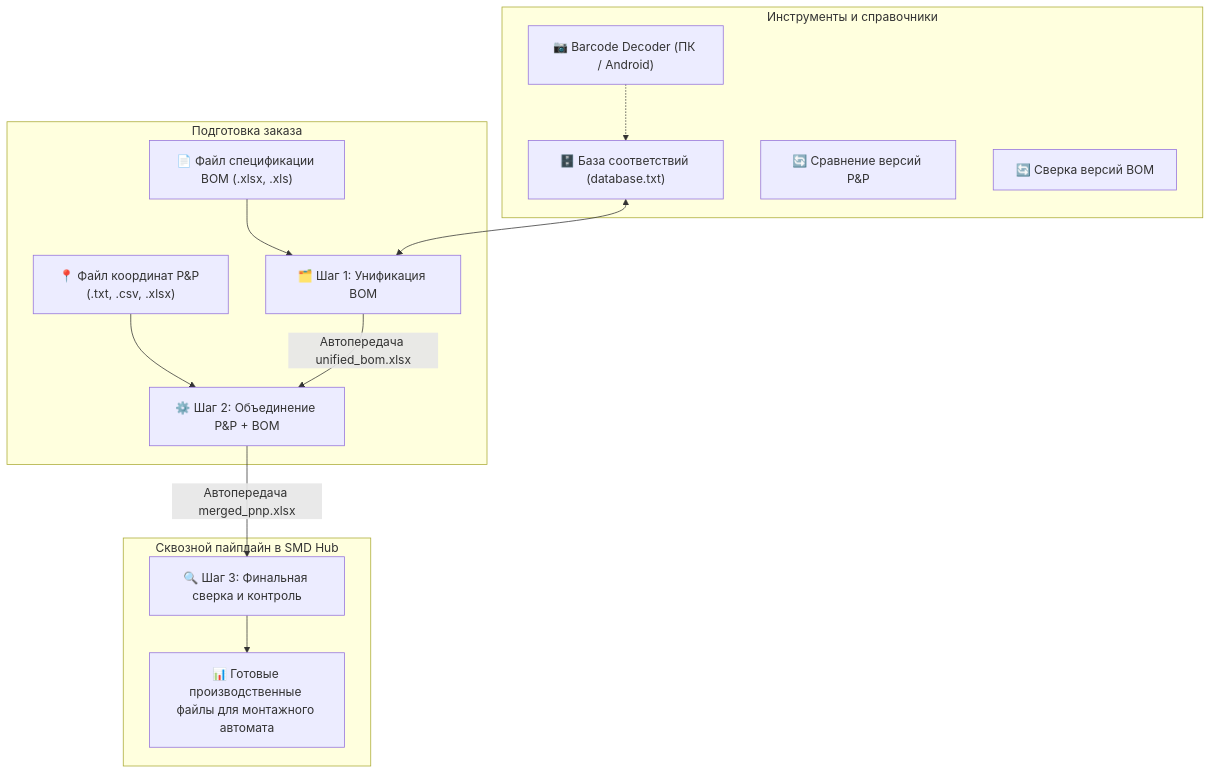
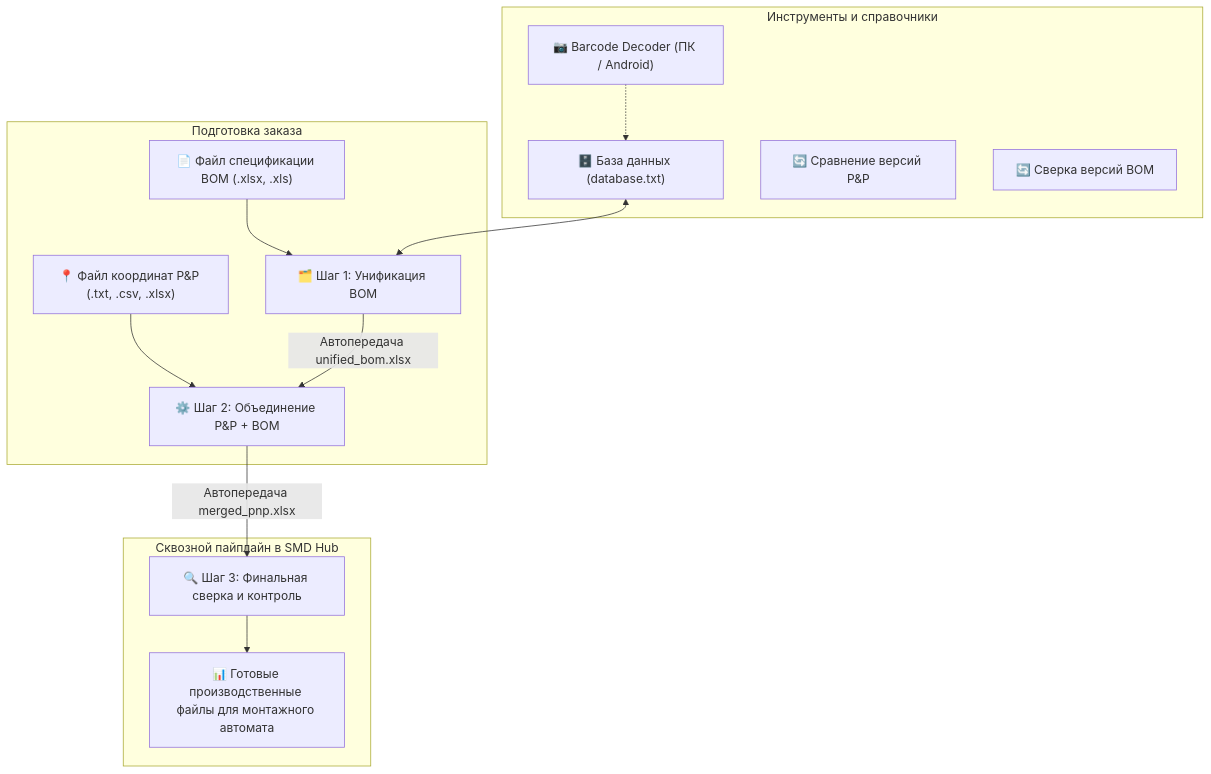
Before and after one commit to kean5782-coder/PnP_manager: the diagram in README.md, drawn with Mermaid. The commit also changed other lines of this file and 7 other files, not shown here.

````diff
--- a/README.md
+++ b/README.md
@@ -22,20 +22,20 @@
 ```mermaid
 graph TD
     subgraph Подготовка заказа
         BOM["📄 Файл спецификации BOM (.xlsx, .xls)"] --> STEP1["🗂️ Шаг 1: Унификация BOM"]
         PNP["📍 Файл координат P&P (.txt, .csv, .xlsx)"] --> STEP2["⚙️ Шаг 2: Объединение P&P + BOM"]
     end
 
     subgraph Сквозной пайплайн в SMD Hub
         STEP1 -->|"Автопередача unified_bom.xlsx"| STEP2
         STEP2 -->|"Автопередача merged_pnp.xlsx"| STEP3["🔍 Шаг 3: Финальная сверка и контроль"]
         STEP3 --> OUT["📊 Готовые производственные файлы для монтажного автомата"]
     end
 
     subgraph Инструменты и справочники
-        DB["🗄️ База соответствий (database.txt)"] <--> STEP1
+        DB["🗄️ База данных (database.txt)"] <--> STEP1
         CAM["📷 Barcode Decoder (ПК / Android)"] -.-> DB
         COMP_PNP["🔄 Сравнение версий P&P"]
         COMP_BOM["🔄 Сверка версий BOM"]
     end
 ```
````
